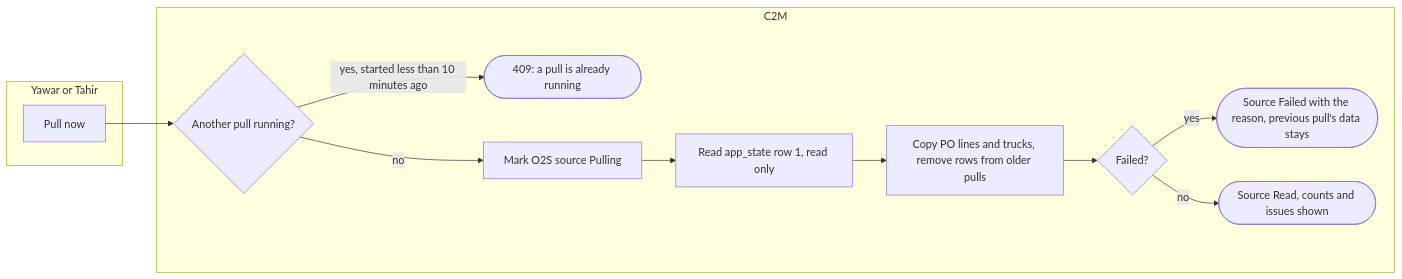
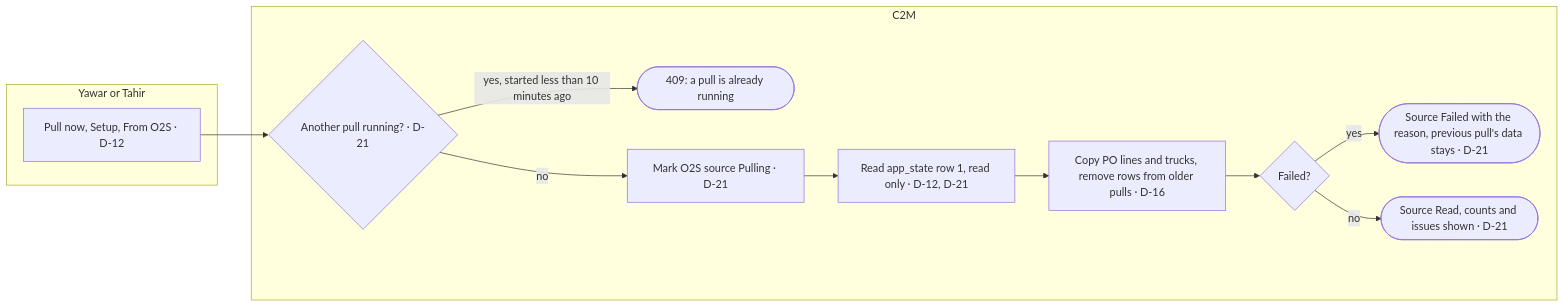
Before and after one commit to taabbas1947-eng/VAN-OP: the eighth of 17 diagrams in apps/c2m/docs/01-process-flows.md, drawn with Mermaid. The commit also changed other lines of this file and 18 other files, not shown here.

````diff
--- a/apps/c2m/docs/01-process-flows.md
+++ b/apps/c2m/docs/01-process-flows.md
@@ -209,15 +214,15 @@
 ```mermaid
 flowchart LR
   subgraph People [Yawar or Tahir]
-    A[Pull now]
+    A[Pull now, Setup, From O2S · D-12]
   end
   subgraph C2M [C2M]
-    A --> B{Another pull running?}
+    A --> B{Another pull running? · D-21}
     B -- yes, started less than 10 minutes ago --> X([409: a pull is already running])
-    B -- no --> C[Mark O2S source Pulling] --> D[Read app_state row 1, read only]
-    D --> E[Copy PO lines and trucks, remove rows from older pulls]
+    B -- no --> C[Mark O2S source Pulling · D-21] --> D[Read app_state row 1, read only · D-12, D-21]
+    D --> E[Copy PO lines and trucks, remove rows from older pulls · D-16]
     E --> F{Failed?}
-    F -- yes --> G([Source Failed with the reason, previous pull's data stays])
-    F -- no --> H([Source Read, counts and issues shown])
+    F -- yes --> G([Source Failed with the reason, previous pull's data stays · D-21])
+    F -- no --> H([Source Read, counts and issues shown · D-21])
   end
 ```
````
